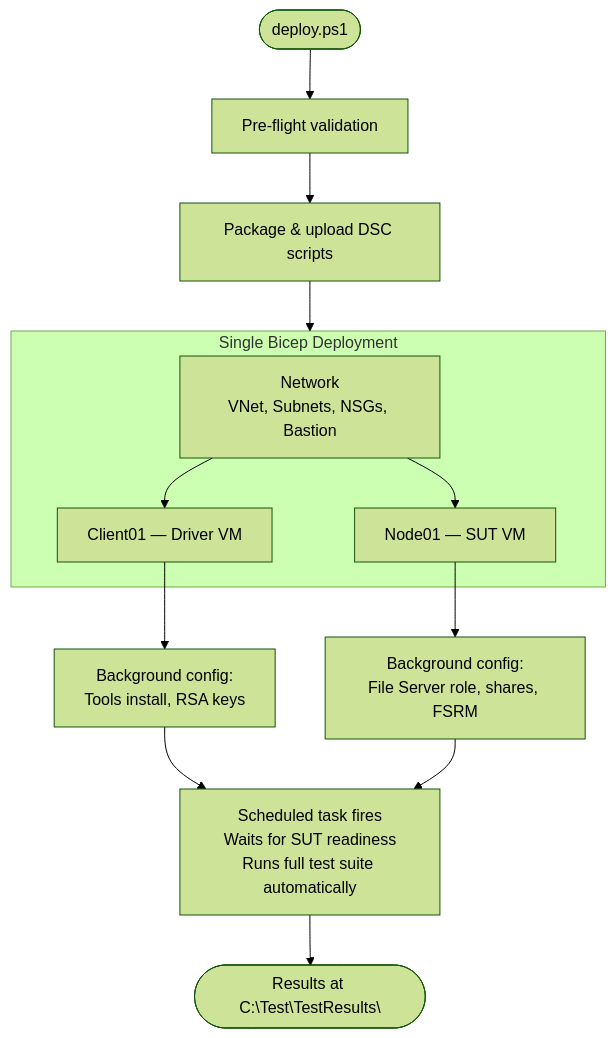
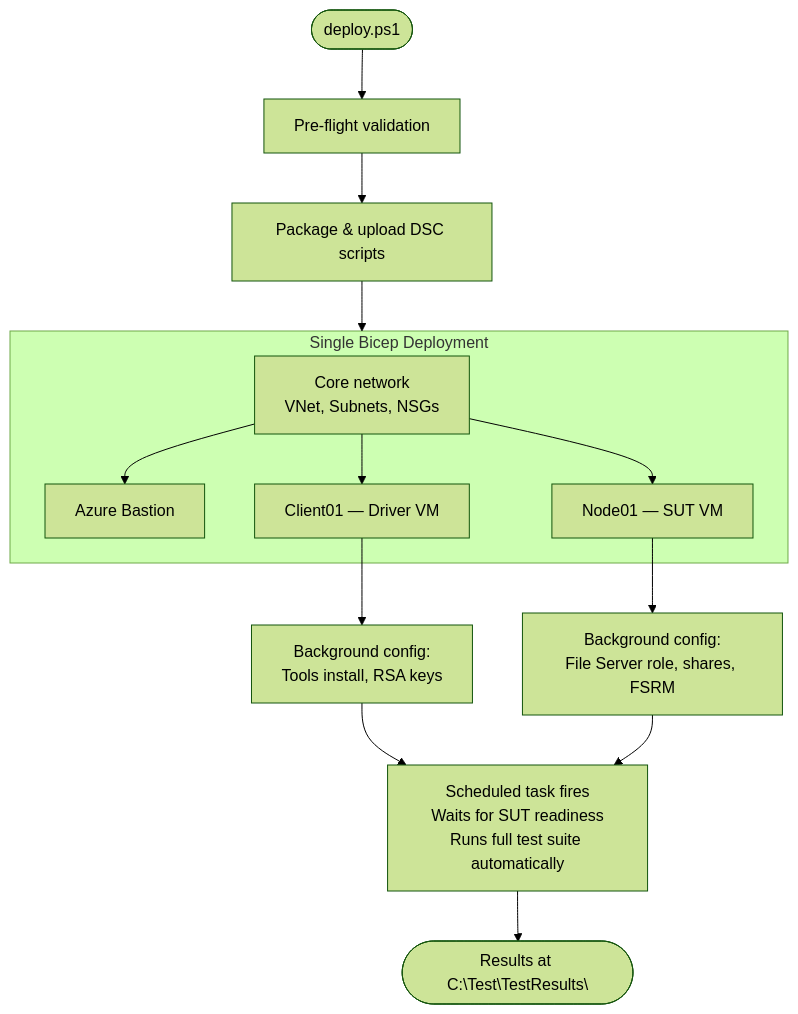
The third of 4 diagrams in TestSuites/FileServer/azure-automation/README.md (microsoft/WindowsProtocolTestSuites), drawn with Mermaid (forest theme) before and after one commit. The commit also changed other lines of this file and 49 other files, not shown here.

````diff
--- a/TestSuites/FileServer/azure-automation/README.md
+++ b/TestSuites/FileServer/azure-automation/README.md
@@ -146,20 +149,21 @@
 ```mermaid
 flowchart TB
     start([deploy.ps1]) --> preflight[Pre-flight validation]
     preflight --> upload[Package & upload DSC scripts]
 
     upload --> deploy
 
     subgraph deploy [Single Bicep Deployment]
-        net[Network<br/>VNet, Subnets, NSGs, Bastion]
+        net[Core network<br/>VNet, Subnets, NSGs]
+        net --> bastion[Azure Bastion]
         net --> driver[Client01 — Driver VM]
         net --> sut[Node01 — SUT VM]
     end
 
     driver --> ext_driver[Background config:<br/>Tools install, RSA keys]
     sut --> ext_sut[Background config:<br/>File Server role, shares, FSRM]
 
     ext_driver --> test[Scheduled task fires<br/>Waits for SUT readiness<br/>Runs full test suite automatically]
     ext_sut --> test
     test --> results([Results at C:\Test\TestResults\])
 ```
````
